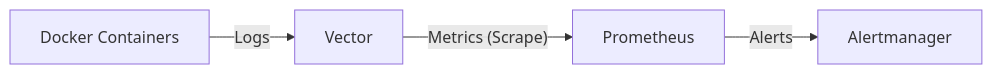
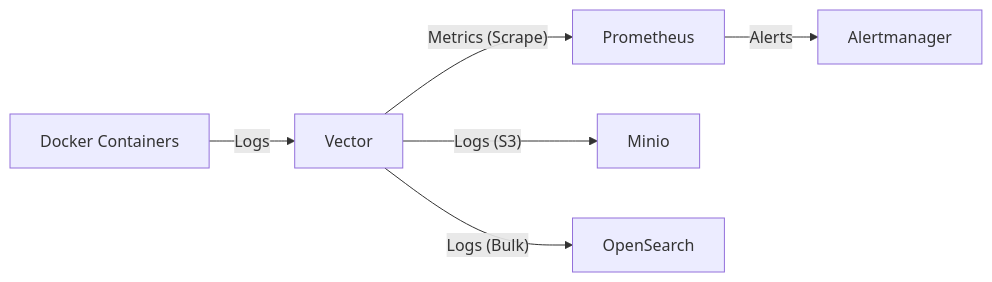
The diagram in README.md (JareckiB12/vector), drawn with Mermaid before and after one commit. The commit also changed other lines of this file and 2 other files, not shown here.

Commit message:
feat: Add Minio for S3-compatible log storage and OpenSearch with Dashboards for log indexing and visualization, updating Vector configuration and documentation accordingly.

````diff
--- a/README.md
+++ b/README.md
@@ -23,6 +33,8 @@
 ```mermaid
 graph LR
     Docker[Docker Containers] -- Logs --> Vector
     Vector -- Metrics (Scrape) --> Prometheus
+    Vector -- Logs (S3) --> Minio
+    Vector -- Logs (Bulk) --> OpenSearch
     Prometheus -- Alerts --> Alertmanager
 ```
````
